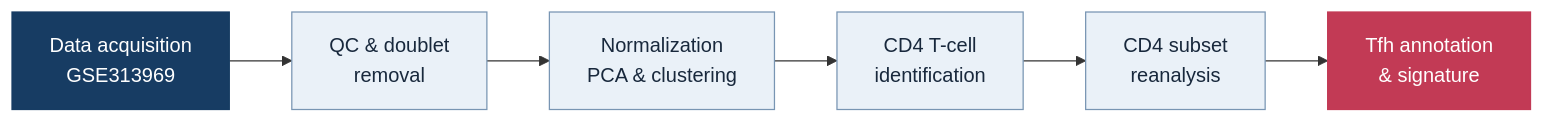
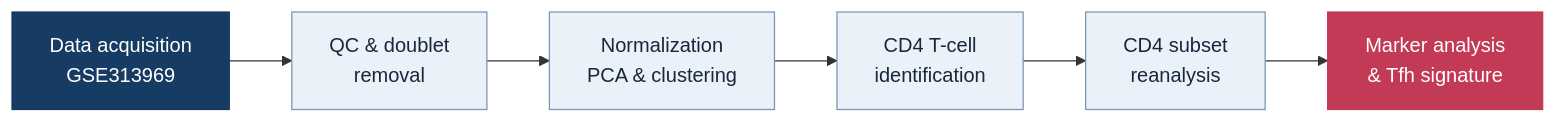
One commit to mohamedgamal22-bio/AI_- changed the diagram in README.md. Above: the diagram before and after it, drawn with Mermaid. The commit also changed other lines of this file, not shown here.

````diff
--- a/README.md
+++ b/README.md
@@ -15,18 +36,18 @@
 ```mermaid
 flowchart LR
     A["Data acquisition<br/>GSE313969"]
     B["QC & doublet<br/>removal"]
     C["Normalization<br/>PCA & clustering"]
     D["CD4 T-cell<br/>identification"]
     E["CD4 subset<br/>reanalysis"]
-    F["Tfh annotation<br/>& signature"]
+    F["Marker analysis<br/>& Tfh signature"]
 
     A --> B --> C --> D --> E --> F
 
     style A fill:#173C63,color:#ffffff,stroke:#173C63
     style B fill:#EAF1F8,color:#18283C,stroke:#7895B3
     style C fill:#EAF1F8,color:#18283C,stroke:#7895B3
     style D fill:#EAF1F8,color:#18283C,stroke:#7895B3
     style E fill:#EAF1F8,color:#18283C,stroke:#7895B3
     style F fill:#C23A55,color:#ffffff,stroke:#C23A55
 ```
````
